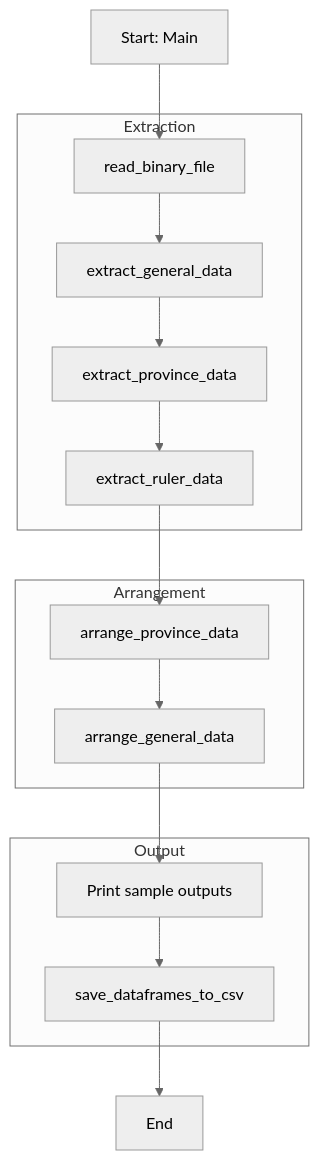
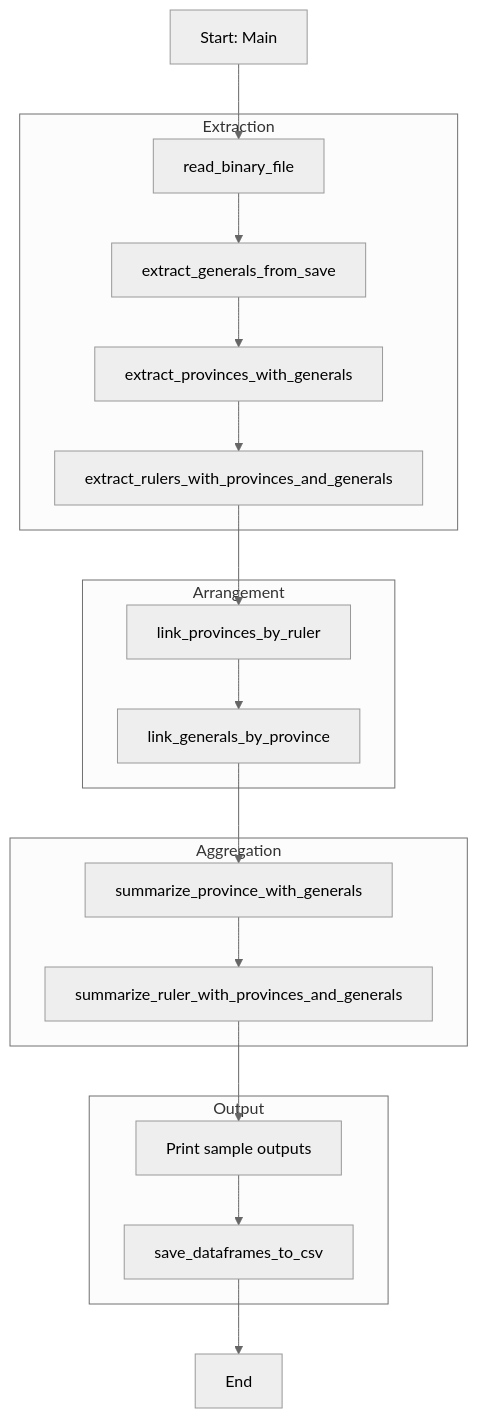
Before and after one commit to kimpro82/MyGame: the diagram in GamingTools/RTK2/Python/README.md, drawn with Mermaid (neutral theme). The commit also changed other lines of this file, not shown here.

````diff
--- a/GamingTools/RTK2/Python/README.md
+++ b/GamingTools/RTK2/Python/README.md
@@ -28,27 +28,33 @@
   ```mermaid
   flowchart TD
       A[Start: Main] --> B[read_binary_file]
-      B --> C[extract_general_data]
-      C --> D[extract_province_data]
-      D --> E[extract_ruler_data]
-      E --> F[arrange_province_data]
-      F --> G[arrange_general_data]
-      G --> H[Print sample outputs]
-      H --> I[save_dataframes_to_csv]
-      I --> J[End]
+      B --> C[extract_generals_from_save]
+      C --> D[extract_provinces_with_generals]
+      D --> E[extract_rulers_with_provinces_and_generals]
+      E --> F[link_provinces_by_ruler]
+      F --> G[link_generals_by_province]
+      G --> H[summarize_province_with_generals]
+      H --> I[summarize_ruler_with_provinces_and_generals]
+      I --> J[Print sample outputs]
+      J --> K[save_dataframes_to_csv]
+      K --> L[End]
 
       subgraph Extraction
           B
           C
           D
           E
       end
       subgraph Arrangement
           F
           G
       end
-      subgraph Output
+      subgraph Aggregation
           H
           I
       end
+      subgraph Output
+          J
+          K
+      end
   ```
````
